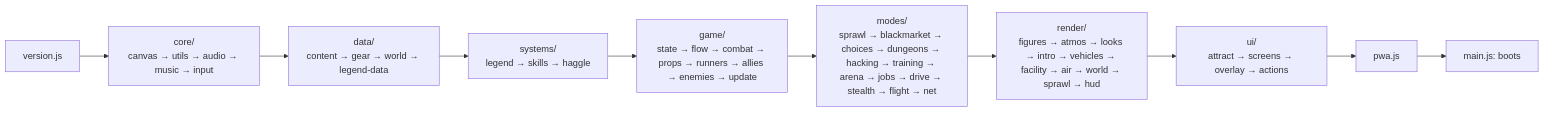
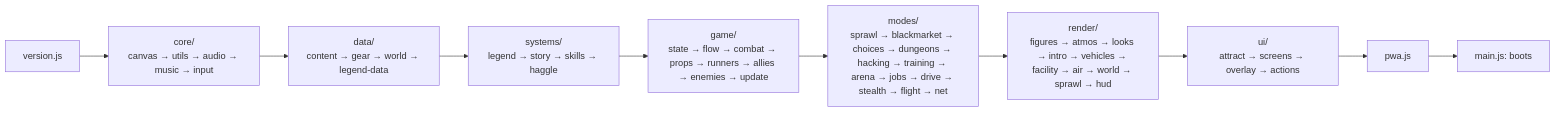
The first of 3 diagrams in docs/wiki/Architecture.md (CptNope/Cyber-City-Tactics), drawn with Mermaid before and after one commit. The commit also changed other lines of this file and 30 other files, not shown here.

````diff
--- a/docs/wiki/Architecture.md
+++ b/docs/wiki/Architecture.md
@@ -26,11 +26,11 @@
 ```mermaid
 flowchart LR
   V[version.js] --> CORE["core/<br/>canvas → utils → audio → music → input"]
   CORE --> DATA["data/<br/>content → gear → world → legend-data"]
-  DATA --> SYS["systems/<br/>legend → skills → haggle"]
+  DATA --> SYS["systems/<br/>legend → story → skills → haggle"]
   SYS --> GAME["game/<br/>state → flow → combat → props → runners → allies → enemies → update"]
   GAME --> MODES["modes/<br/>sprawl → blackmarket → choices → dungeons → hacking → training → arena → jobs → drive → stealth → flight → net"]
   MODES --> REND["render/<br/>figures → atmos → looks → intro → vehicles → facility → air → world → sprawl → hud"]
   REND --> UI["ui/<br/>attract → screens → overlay → actions"]
   UI --> PWA[pwa.js] --> MAIN[main.js: boots]
 ```
````
